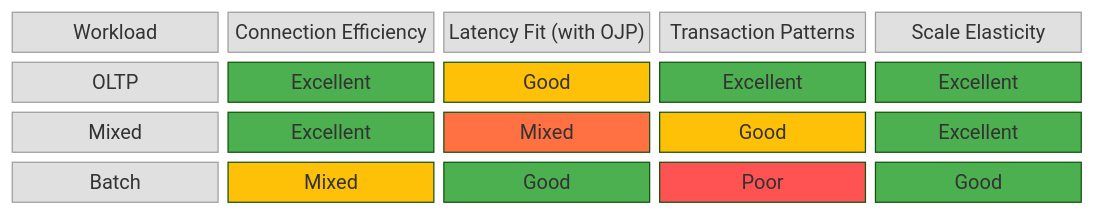
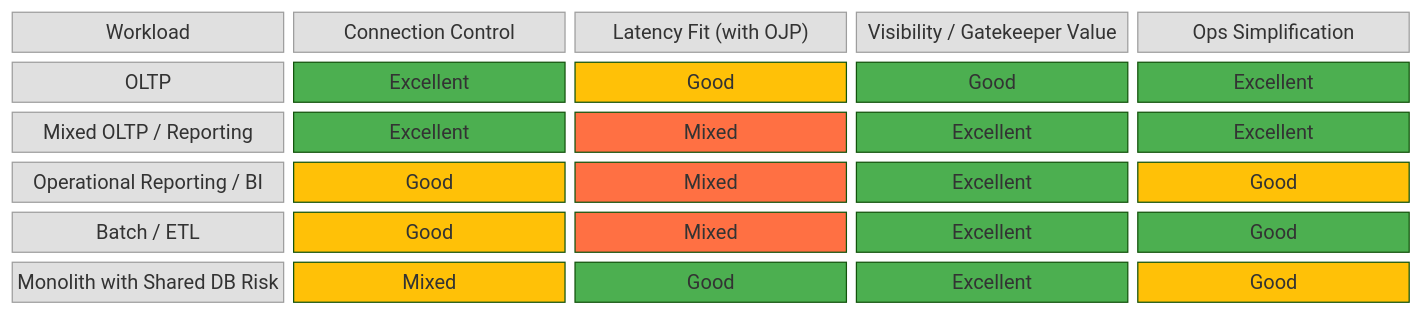
One commit to Open-J-Proxy/ojp changed diagram 11 of 15 in documents/ebook/part1-chapter1-introduction.md. Above: the diagram before and after it, drawn with Mermaid (forest theme). The commit also changed other lines of this file, not shown here.

Commit message:
Update ebook workload-fit guidance

````diff
--- a/documents/ebook/part1-chapter1-introduction.md
+++ b/documents/ebook/part1-chapter1-introduction.md
@@ -426,32 +426,46 @@
 ```mermaid
 block-beta
 columns 5
-  H0["Workload"] H1["Connection Efficiency"] H2["Latency Fit (with OJP)"] H3["Transaction Patterns"] H4["Scale Elasticity"]
-  OLTP["OLTP"] OLTP_1["Excellent"] OLTP_2["Good"] OLTP_3["Excellent"] OLTP_4["Excellent"]
-  MIX["Mixed"] MIX_1["Excellent"] MIX_2["Mixed"] MIX_3["Good"] MIX_4["Excellent"]
-  BAT["Batch"] BAT_1["Mixed"] BAT_2["Good"] BAT_3["Poor"] BAT_4["Good"]
+  H0["Workload"] H1["Connection Control"] H2["Latency Fit (with OJP)"] H3["Visibility / Gatekeeper Value"] H4["Ops Simplification"]
+  OLTP["OLTP"] OLTP_1["Excellent"] OLTP_2["Good"] OLTP_3["Good"] OLTP_4["Excellent"]
+  MIX["Mixed OLTP / Reporting"] MIX_1["Excellent"] MIX_2["Mixed"] MIX_3["Excellent"] MIX_4["Excellent"]
+  REP["Operational Reporting / BI"] REP_1["Good"] REP_2["Mixed"] REP_3["Excellent"] REP_4["Good"]
+  BAT["Batch / ETL"] BAT_1["Good"] BAT_2["Mixed"] BAT_3["Excellent"] BAT_4["Good"]
+  MON["Monolith with Shared DB Risk"] MON_1["Mixed"] MON_2["Good"] MON_3["Excellent"] MON_4["Good"]
 
   style H0 fill:#e0e0e0,stroke:#9e9e9e,color:#000
   style H1 fill:#e0e0e0,stroke:#9e9e9e,color:#000
   style H2 fill:#e0e0e0,stroke:#9e9e9e,color:#000
   style H3 fill:#e0e0e0,stroke:#9e9e9e,color:#000
   style H4 fill:#e0e0e0,stroke:#9e9e9e,color:#000
   style OLTP fill:#e0e0e0,stroke:#9e9e9e,color:#000
   style MIX fill:#e0e0e0,stroke:#9e9e9e,color:#000
+  style REP fill:#e0e0e0,stroke:#9e9e9e,color:#000
   style BAT fill:#e0e0e0,stroke:#9e9e9e,color:#000
+  style MON fill:#e0e0e0,stroke:#9e9e9e,color:#000
 
   style OLTP_1 fill:#4caf50,color:#fff
   style OLTP_2 fill:#ffc107,color:#000
   style OLTP_3 fill:#4caf50,color:#fff
   style OLTP_4 fill:#4caf50,color:#fff
 
   style MIX_1 fill:#4caf50,color:#fff
   style MIX_2 fill:#ff7043,color:#fff
-  style MIX_3 fill:#ffc107,color:#000
+  style MIX_3 fill:#4caf50,color:#fff
   style MIX_4 fill:#4caf50,color:#fff
 
+  style REP_1 fill:#ffc107,color:#000
+  style REP_2 fill:#ff7043,color:#fff
+  style REP_3 fill:#4caf50,color:#fff
+  style REP_4 fill:#ffc107,color:#000
+
   style BAT_1 fill:#ffc107,color:#000
-  style BAT_2 fill:#4caf50,color:#fff
-  style BAT_3 fill:#ff5252,color:#fff
+  style BAT_2 fill:#ff7043,color:#fff
+  style BAT_3 fill:#4caf50,color:#fff
   style BAT_4 fill:#4caf50,color:#fff
+
+  style MON_1 fill:#ffc107,color:#000
+  style MON_2 fill:#4caf50,color:#fff
+  style MON_3 fill:#4caf50,color:#fff
+  style MON_4 fill:#ffc107,color:#000
 ```
````
